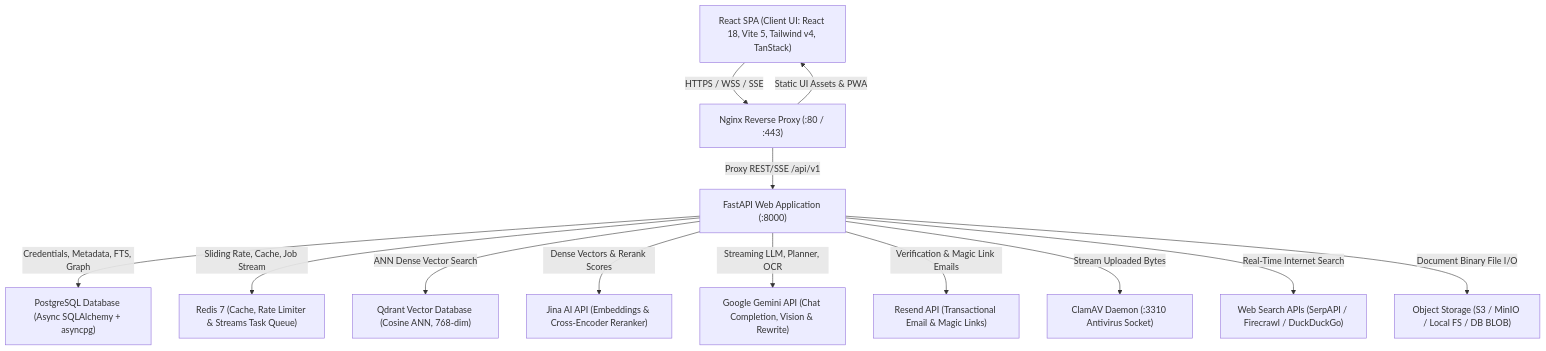
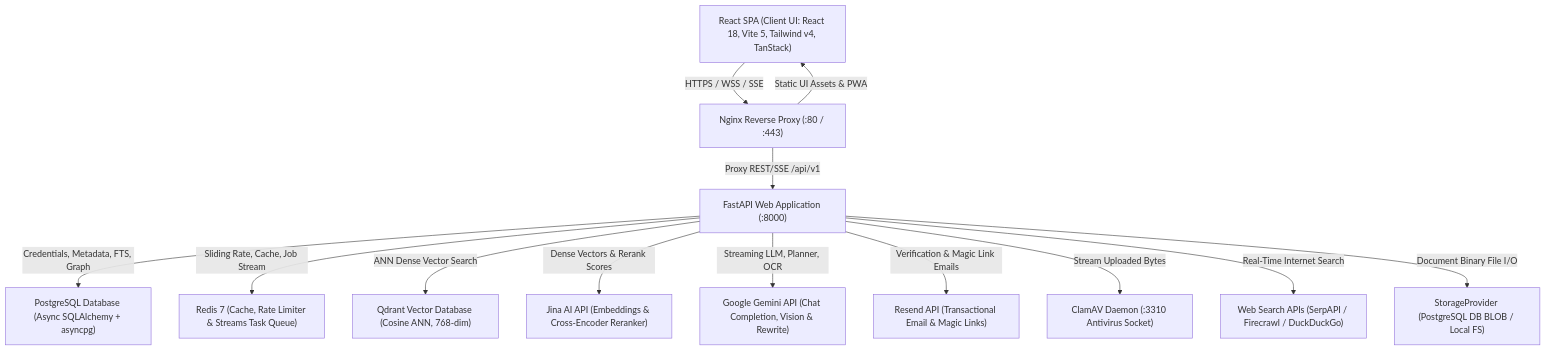
One commit to Satya-Naraharisetty/FusionRAG changed the first of 7 diagrams in ARCHITECTURE.md. Above: the diagram before and after it, drawn with Mermaid. The commit also changed other lines of this file and 7 other files, not shown here.

Commit message:
feat: implement core backend structure, environment configuration, and telemetry sanitization while refining storage provider architecture.

````diff
--- a/ARCHITECTURE.md
+++ b/ARCHITECTURE.md
@@ -11,28 +11,28 @@
 ```mermaid
 graph TD
     Browser["React SPA (Client UI: React 18, Vite 5, Tailwind v4, TanStack)"]
     Nginx["Nginx Reverse Proxy (:80 / :443)"]
     FastAPI["FastAPI Web Application (:8000)"]
     Postgres["PostgreSQL Database (Async SQLAlchemy + asyncpg)"]
     Redis["Redis 7 (Cache, Rate Limiter & Streams Task Queue)"]
     Qdrant["Qdrant Vector Database (Cosine ANN, 768-dim)"]
     Jina["Jina AI API (Embeddings & Cross-Encoder Reranker)"]
     Gemini["Google Gemini API (Chat Completion, Vision & Rewrite)"]
     Resend["Resend API (Transactional Email & Magic Links)"]
     ClamAV["ClamAV Daemon (:3310 Antivirus Socket)"]
     WebSearch["Web Search APIs (SerpAPI / Firecrawl / DuckDuckGo)"]
-    Storage["Object Storage (S3 / MinIO / Local FS / DB BLOB)"]
+    Storage["StorageProvider (PostgreSQL DB BLOB / Local FS)"]
 
     Browser -->|HTTPS / WSS / SSE| Nginx
     Nginx -->|Static UI Assets & PWA| Browser
     Nginx -->|Proxy REST/SSE /api/v1| FastAPI
     FastAPI -->|Credentials, Metadata, FTS, Graph| Postgres
     FastAPI -->|Sliding Rate, Cache, Job Stream| Redis
     FastAPI -->|ANN Dense Vector Search| Qdrant
     FastAPI -->|Dense Vectors & Rerank Scores| Jina
     FastAPI -->|Streaming LLM, Planner, OCR| Gemini
     FastAPI -->|Verification & Magic Link Emails| Resend
     FastAPI -->|Stream Uploaded Bytes| ClamAV
     FastAPI -->|Real-Time Internet Search| WebSearch
     FastAPI -->|Document Binary File I/O| Storage
 ```
````
